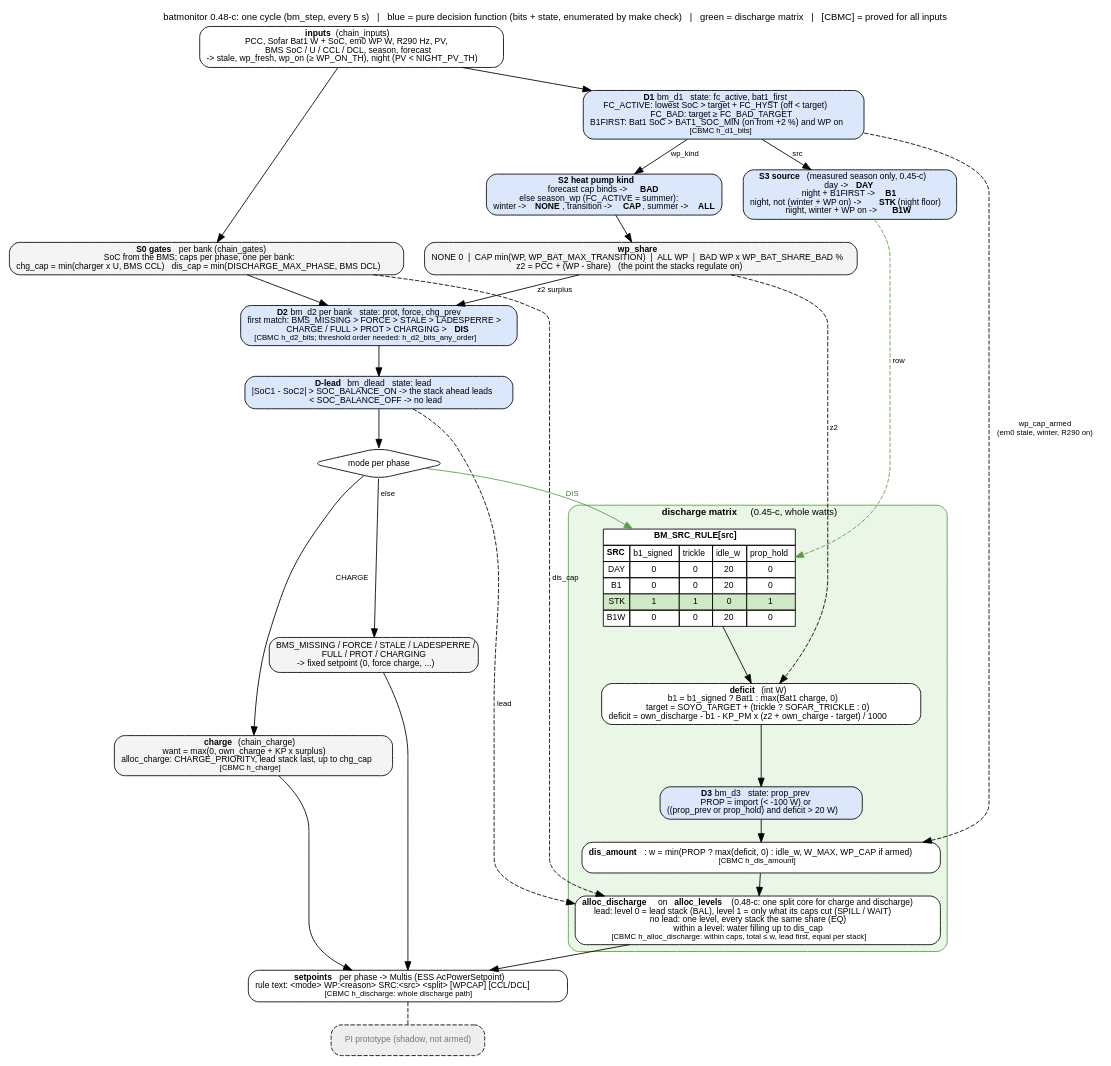
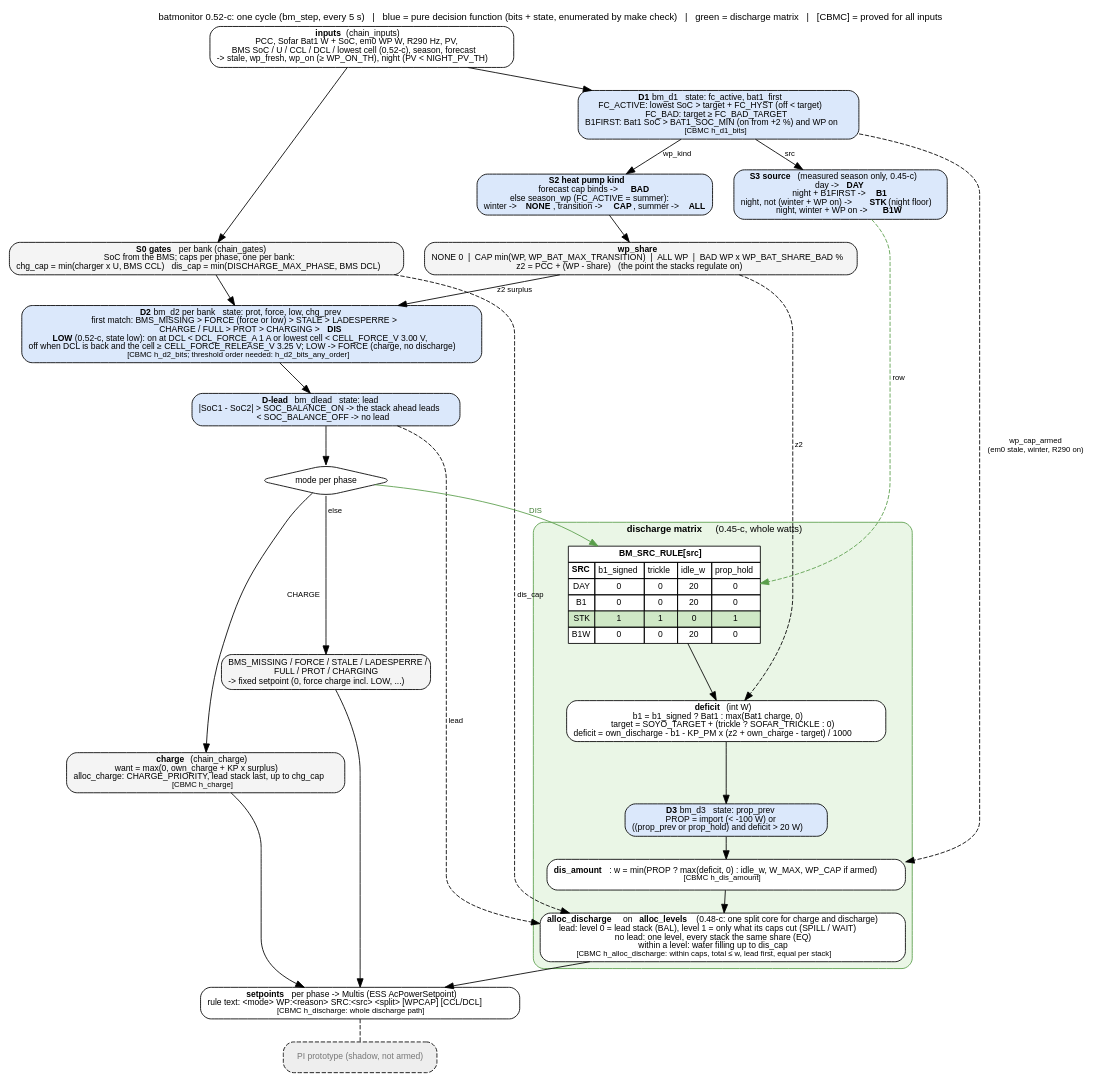
One commit to gerontec/victron changed the diagram in docs/discharge_flow.dot. Above: the diagram before and after it, drawn with Graphviz. The commit also changed 8 other files, not shown here.

Commit message:
docs: flow charts for batmonitor 0.52-c - lowest cell input, D2 state low, FORCE = SoC force or LOW (DCL 0 / cell < 3.00 V, release DCL back and cell >= 3.25 V)

```diff
--- a/docs/discharge_flow.dot
+++ b/docs/discharge_flow.dot
@@ -1,75 +1,75 @@
 // batmonitor 0.45-c: decision flow of one cycle (bm_step), the discharge matrix highlighted.
 // render: dot -Tpdf discharge_flow.dot -o discharge_flow.pdf   (or -Tpng)
 digraph batmonitor {
 	graph [rankdir=TB, fontname="Helvetica", fontsize=11, nodesep=0.35, ranksep=0.35, newrank=true,
-		   label="batmonitor 0.48-c: one cycle (bm_step, every 5 s)   |   blue = pure decision function (bits + state, enumerated by make check)   |   green = discharge matrix   |   [CBMC] = proved for all inputs",
+		   label="batmonitor 0.52-c: one cycle (bm_step, every 5 s)   |   blue = pure decision function (bits + state, enumerated by make check)   |   green = discharge matrix   |   [CBMC] = proved for all inputs",
 		   labelloc=t];
 	node [shape=box, style="rounded,filled", fillcolor="#f4f4f4", fontname="Helvetica", fontsize=10];
 	edge [fontname="Helvetica", fontsize=9];
 
-	in [label=<<b>inputs</b> (chain_inputs)<br/>PCC, Sofar Bat1 W + SoC, em0 WP W, R290 Hz, PV,<br/>BMS SoC / U / CCL / DCL, season, forecast<br/>-&gt; stale, wp_fresh, wp_on (&ge; WP_ON_TH), night (PV &lt; NIGHT_PV_TH)>, fillcolor="#ffffff"];
+	in [label=<<b>inputs</b> (chain_inputs)<br/>PCC, Sofar Bat1 W + SoC, em0 WP W, R290 Hz, PV,<br/>BMS SoC / U / CCL / DCL / lowest cell (0.52-c), season, forecast<br/>-&gt; stale, wp_fresh, wp_on (&ge; WP_ON_TH), night (PV &lt; NIGHT_PV_TH)>, fillcolor="#ffffff"];
 
 	d1 [label=<<b>D1</b> bm_d1   state: fc_active, bat1_first<br/>FC_ACTIVE: lowest SoC &gt; target + FC_HYST (off &lt; target)<br/>FC_BAD: target &ge; FC_BAD_TARGET<br/>B1FIRST: Bat1 SoC &gt; BAT1_SOC_MIN (on from +2 %) and WP on<br/><font point-size="9">[CBMC h_d1_bits]</font>>, fillcolor="#dbe8fb"];
 
 	src [label=<<b>S3 source</b> (measured season only, 0.45-c)<br/>day -&gt; <b>DAY</b><br/>night + B1FIRST -&gt; <b>B1</b><br/>night, not (winter + WP on) -&gt; <b>STK</b> (night floor)<br/>night, winter + WP on -&gt; <b>B1W</b>>, fillcolor="#dbe8fb"];
 
 	wpk [label=<<b>S2 heat pump kind</b><br/>forecast cap binds -&gt; <b>BAD</b><br/>else season_wp (FC_ACTIVE = summer):<br/>winter -&gt; <b>NONE</b>, transition -&gt; <b>CAP</b>, summer -&gt; <b>ALL</b>>, fillcolor="#dbe8fb"];
 
 	share [label=<<b>wp_share</b><br/>NONE 0  |  CAP min(WP, WP_BAT_MAX_TRANSITION)  |  ALL WP  |  BAD WP x WP_BAT_SHARE_BAD %<br/>z2 = PCC + (WP - share)   (the point the stacks regulate on)>];
 
 	gates [label=<<b>S0 gates</b> per bank (chain_gates)<br/>SoC from the BMS; caps per phase, one per bank:<br/>chg_cap = min(charger x U, BMS CCL)   dis_cap = min(DISCHARGE_MAX_PHASE, BMS DCL)>];
 
-	d2 [label=<<b>D2</b> bm_d2 per bank   state: prot, force, chg_prev<br/>first match: BMS_MISSING &gt; FORCE &gt; STALE &gt; LADESPERRE &gt;<br/>CHARGE / FULL &gt; PROT &gt; CHARGING &gt; <b>DIS</b><br/><font point-size="9">[CBMC h_d2_bits; threshold order needed: h_d2_bits_any_order]</font>>, fillcolor="#dbe8fb"];
+	d2 [label=<<b>D2</b> bm_d2 per bank   state: prot, force, low, chg_prev<br/>first match: BMS_MISSING &gt; FORCE (force or low) &gt; STALE &gt; LADESPERRE &gt;<br/>CHARGE / FULL &gt; PROT &gt; CHARGING &gt; <b>DIS</b><br/><b>LOW</b> (0.52-c, state low): on at DCL &lt; DCL_FORCE_A 1 A or lowest cell &lt; CELL_FORCE_V 3.00 V,<br/>off when DCL is back and the cell &ge; CELL_FORCE_RELEASE_V 3.25 V; LOW -&gt; FORCE (charge, no discharge)<br/><font point-size="9">[CBMC h_d2_bits; threshold order needed: h_d2_bits_any_order]</font>>, fillcolor="#dbe8fb"];
 
 	lead [label=<<b>D-lead</b> bm_dlead   state: lead<br/>|SoC1 - SoC2| &gt; SOC_BALANCE_ON -&gt; the stack ahead leads<br/>&lt; SOC_BALANCE_OFF -&gt; no lead>, fillcolor="#dbe8fb"];
 
 	modesplit [label="mode per phase", shape=diamond, fillcolor="#ffffff"];
-	other [label=<BMS_MISSING / FORCE / STALE / LADESPERRE /<br/>FULL / PROT / CHARGING<br/>-&gt; fixed setpoint (0, force charge, ...)>];
+	other [label=<BMS_MISSING / FORCE / STALE / LADESPERRE /<br/>FULL / PROT / CHARGING<br/>-&gt; fixed setpoint (0, force charge incl. LOW, ...)>];
 
 	subgraph cluster_dis {
 		label=<<b>discharge matrix</b> (0.45-c, whole watts)>; style="rounded,filled"; fillcolor="#eaf6e6"; color="#5a9e4b"; fontsize=11;
 		rule [shape=plain, fillcolor="#ffffff", label=<
 			<table border="0" cellborder="1" cellspacing="0" cellpadding="3" bgcolor="#ffffff">
 			<tr><td colspan="5"><b>BM_SRC_RULE[src]</b></td></tr>
 			<tr><td><b>SRC</b></td><td>b1_signed</td><td>trickle</td><td>idle_w</td><td>prop_hold</td></tr>
 			<tr><td>DAY</td><td>0</td><td>0</td><td>20</td><td>0</td></tr>
 			<tr><td>B1</td><td>0</td><td>0</td><td>20</td><td>0</td></tr>
 			<tr><td bgcolor="#cfe8c6">STK</td><td bgcolor="#cfe8c6">1</td><td bgcolor="#cfe8c6">1</td><td bgcolor="#cfe8c6">0</td><td bgcolor="#cfe8c6">1</td></tr>
 			<tr><td>B1W</td><td>0</td><td>0</td><td>20</td><td>0</td></tr>
 			</table>>];
 		deficit [label=<<b>deficit</b> (int W)<br/>b1 = b1_signed ? Bat1 : max(Bat1 charge, 0)<br/>target = SOYO_TARGET + (trickle ? SOFAR_TRICKLE : 0)<br/>deficit = own_discharge - b1 - KP_PM x (z2 + own_charge - target) / 1000>, fillcolor="#ffffff"];
 		d3 [label=<<b>D3</b> bm_d3   state: prop_prev<br/>PROP = import (&lt; -100 W) or<br/>((prop_prev or prop_hold) and deficit &gt; 20 W)>, fillcolor="#dbe8fb"];
 		amount [label=<<b>dis_amount</b>: w = min(PROP ? max(deficit, 0) : idle_w, W_MAX, WP_CAP if armed)<br/><font point-size="9">[CBMC h_dis_amount]</font>>, fillcolor="#ffffff"];
 		alloc [label=<<b>alloc_discharge</b> on <b>alloc_levels</b> (0.48-c: one split core for charge and discharge)<br/>lead: level 0 = lead stack (BAL), level 1 = only what its caps cut (SPILL / WAIT)<br/>no lead: one level, every stack the same share (EQ)<br/>within a level: water filling up to dis_cap<br/><font point-size="9">[CBMC h_alloc_discharge: within caps, total &le; w, lead first, equal per stack]</font>>, fillcolor="#ffffff"];
 		rule -> deficit -> d3 -> amount -> alloc;
 	}
 
 	chg [label=<<b>charge</b> (chain_charge)<br/>want = max(0, own_charge + KP x surplus)<br/>alloc_charge: CHARGE_PRIORITY, lead stack last, up to chg_cap<br/><font point-size="9">[CBMC h_charge]</font>>];
 
 	out [label=<<b>setpoints</b> per phase -&gt; Multis (ESS AcPowerSetpoint)<br/>rule text: &lt;mode&gt; WP:&lt;reason&gt; SRC:&lt;src&gt; &lt;split&gt; [WPCAP] [CCL/DCL]<br/><font point-size="9">[CBMC h_discharge: whole discharge path]</font>>, fillcolor="#ffffff"];
 	pi [label="PI prototype (shadow, not armed)", fillcolor="#eeeeee", fontcolor="#777777", style="rounded,filled,dashed"];
 
 	in -> d1;
 	d1 -> src [label=" src"];
 	d1 -> wpk [label=" wp_kind"];
 	wpk -> share;
 	in -> gates;
 	share -> d2 [label=" z2 surplus"];
 	gates -> d2;
 	d2 -> lead;
 	lead -> modesplit;
 	modesplit -> rule [label=" DIS", color="#5a9e4b", fontcolor="#3c7a30"];
 	modesplit -> chg [label=" CHARGE"];
 	modesplit -> other [label=" else"];
 	src -> rule [color="#5a9e4b", style=dashed, label=" row"];
 	share -> deficit [style=dashed, label=" z2"];
 	d1 -> amount [style=dashed, label=" wp_cap_armed\n(em0 stale, winter, R290 on)"];
 	gates -> alloc [style=dashed, label=" dis_cap"];
 	lead -> alloc [style=dashed, label=" lead"];
 	alloc -> out;
 	chg -> out;
 	other -> out;
 	out -> pi [style=dashed, arrowhead=none];
 
 	{rank=same; src; wpk;}
 }
```
